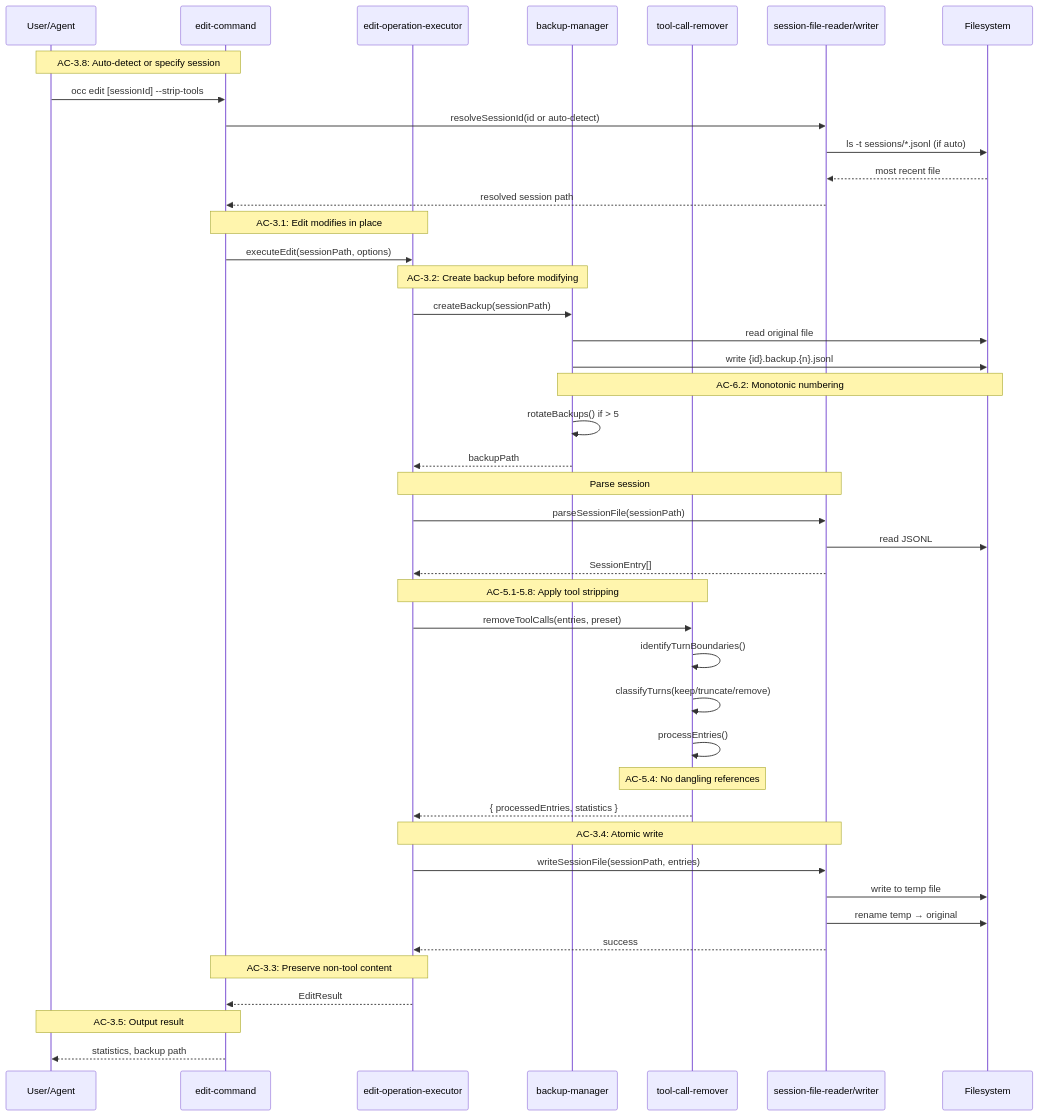
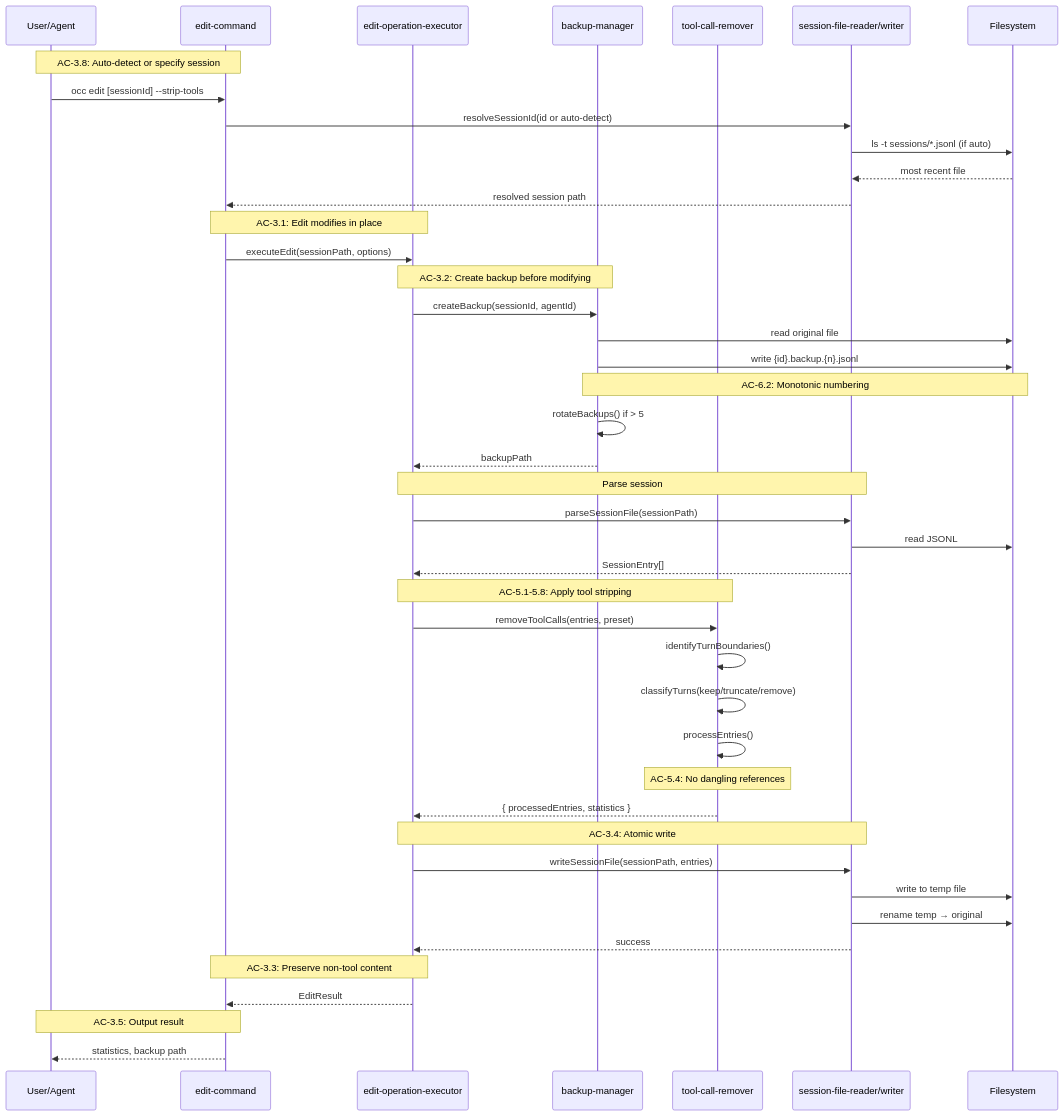
One commit to liminal-ai/oc-context-cleaner changed the first of 6 diagrams in docs/tech-design.md. Above: the diagram before and after it, drawn with Mermaid. The commit also changed other lines of this file and 76 other files, not shown here.

````diff
--- a/docs/tech-design.md
+++ b/docs/tech-design.md
@@ -381,53 +381,53 @@
 ```mermaid
 sequenceDiagram
     participant User as User/Agent
     participant CLI as edit-command
     participant Exec as edit-operation-executor
     participant Backup as backup-manager
     participant Remover as tool-call-remover
     participant IO as session-file-reader/writer
     participant FS as Filesystem
 
     Note over User,CLI: AC-3.8: Auto-detect or specify session
     User->>CLI: occ edit [sessionId] --strip-tools
     CLI->>IO: resolveSessionId(id or auto-detect)
     IO->>FS: ls -t sessions/*.jsonl (if auto)
     FS-->>IO: most recent file
     IO-->>CLI: resolved session path
 
     Note over CLI,Exec: AC-3.1: Edit modifies in place
     CLI->>Exec: executeEdit(sessionPath, options)
 
     Note over Exec,Backup: AC-3.2: Create backup before modifying
-    Exec->>Backup: createBackup(sessionPath)
+    Exec->>Backup: createBackup(sessionId, agentId)
     Backup->>FS: read original file
     Backup->>FS: write {id}.backup.{n}.jsonl
     Note over Backup,FS: AC-6.2: Monotonic numbering
     Backup->>Backup: rotateBackups() if > 5
     Backup-->>Exec: backupPath
 
     Note over Exec,IO: Parse session
     Exec->>IO: parseSessionFile(sessionPath)
     IO->>FS: read JSONL
     IO-->>Exec: SessionEntry[]
 
     Note over Exec,Remover: AC-5.1-5.8: Apply tool stripping
     Exec->>Remover: removeToolCalls(entries, preset)
     Remover->>Remover: identifyTurnBoundaries()
     Remover->>Remover: classifyTurns(keep/truncate/remove)
     Remover->>Remover: processEntries()
     Note over Remover: AC-5.4: No dangling references
     Remover-->>Exec: { processedEntries, statistics }
 
     Note over Exec,IO: AC-3.4: Atomic write
     Exec->>IO: writeSessionFile(sessionPath, entries)
     IO->>FS: write to temp file
     IO->>FS: rename temp → original
     IO-->>Exec: success
 
     Note over Exec,CLI: AC-3.3: Preserve non-tool content
     Exec-->>CLI: EditResult
 
     Note over CLI,User: AC-3.5: Output result
     CLI-->>User: statistics, backup path
 ```
````
